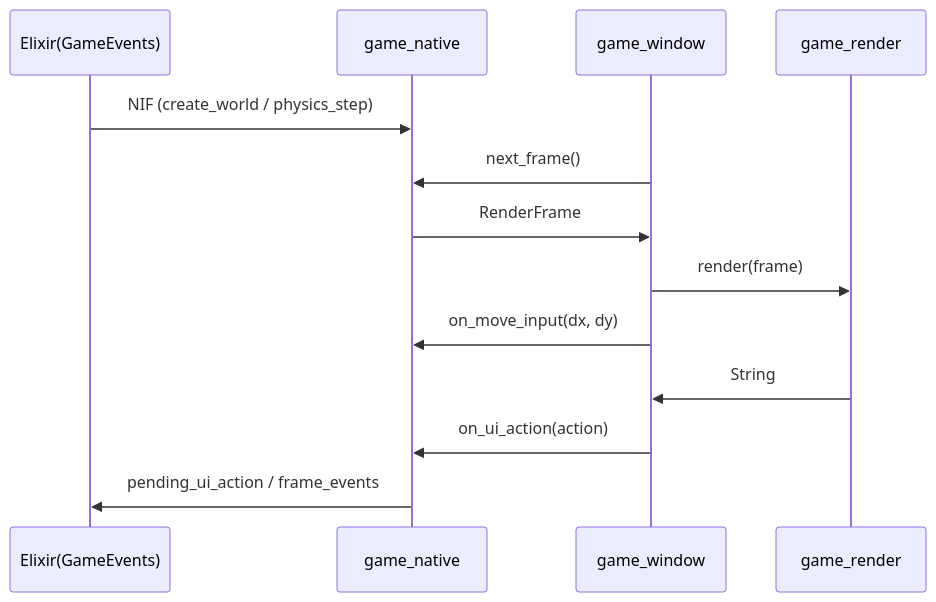
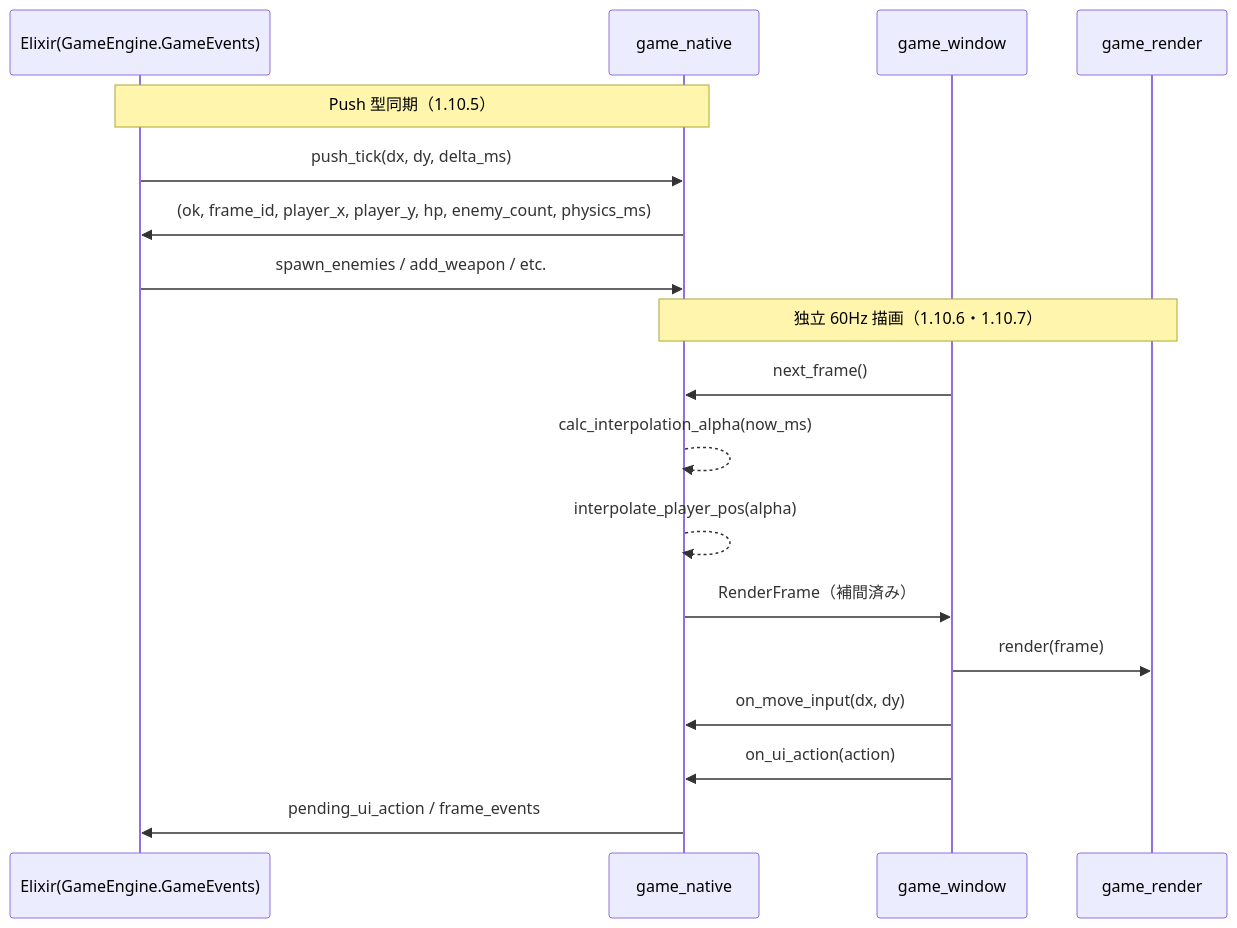
Before and after one commit to FRICK-ELDY/elixir_rust: the third of 3 diagrams in docs/06_system_design/FOLDER_CONNECTIONS.md, drawn with Mermaid. The commit also changed other lines of this file and 1370 other files, not shown here.

Commit message:
refactor: Elixir Umbrella アーキテクチャへ再構築（SSOT + Push 型同期）

````diff
--- a/docs/06_system_design/FOLDER_CONNECTIONS.md
+++ b/docs/06_system_design/FOLDER_CONNECTIONS.md
@@ -96,16 +101,22 @@
 ```mermaid
 sequenceDiagram
-    participant E as Elixir(GameEvents)
+    participant E as Elixir(GameEngine.GameEvents)
     participant N as game_native
     participant W as game_window
     participant R as game_render
 
-    E->>N: NIF (create_world / physics_step)
+    Note over E,N: Push 型同期（1.10.5）
+    E->>N: push_tick(dx, dy, delta_ms)
+    N->>E: (ok, frame_id, player_x, player_y, hp, enemy_count, physics_ms)
+    E->>N: spawn_enemies / add_weapon / etc.
+
+    Note over N,R: 独立 60Hz 描画（1.10.6・1.10.7）
     W->>N: next_frame()
-    N->>W: RenderFrame
+    N-->>N: calc_interpolation_alpha(now_ms)
+    N-->>N: interpolate_player_pos(alpha)
+    N->>W: RenderFrame（補間済み）
     W->>R: render(frame)
     W->>N: on_move_input(dx, dy)
-    R->>W: String
     W->>N: on_ui_action(action)
     N->>E: pending_ui_action / frame_events
 ```
````
